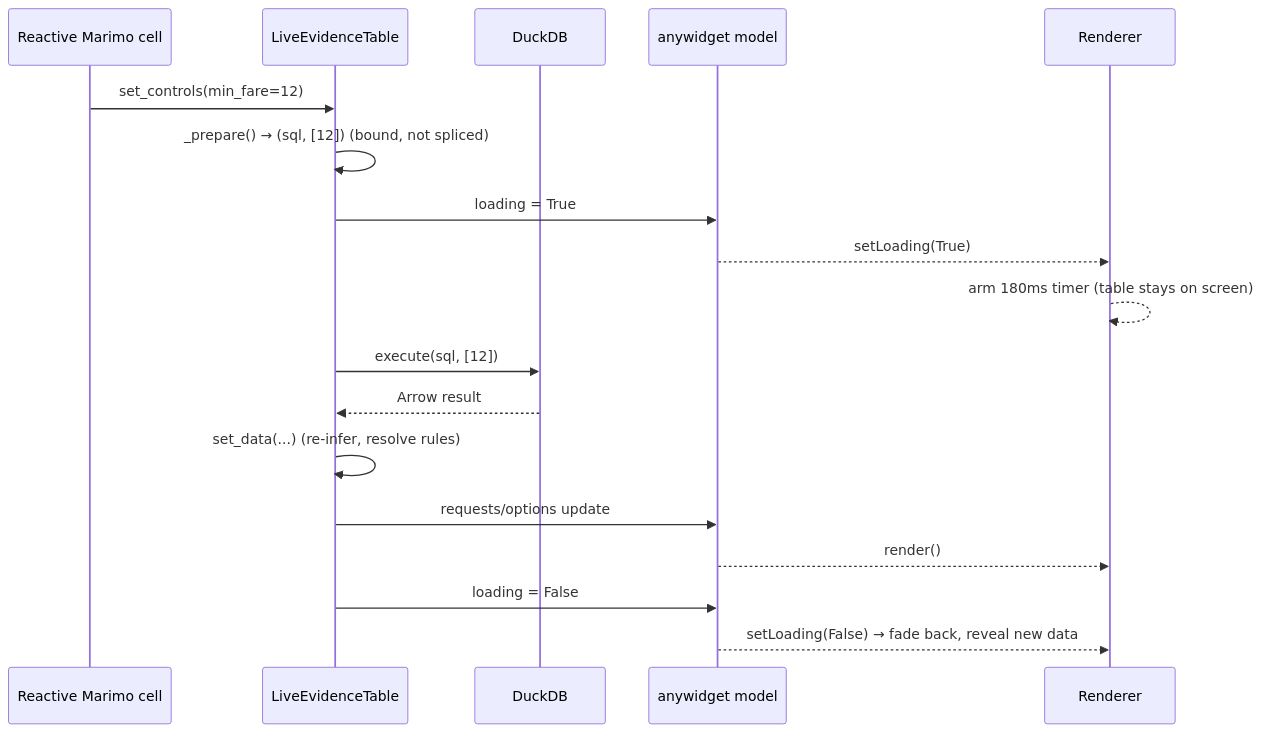
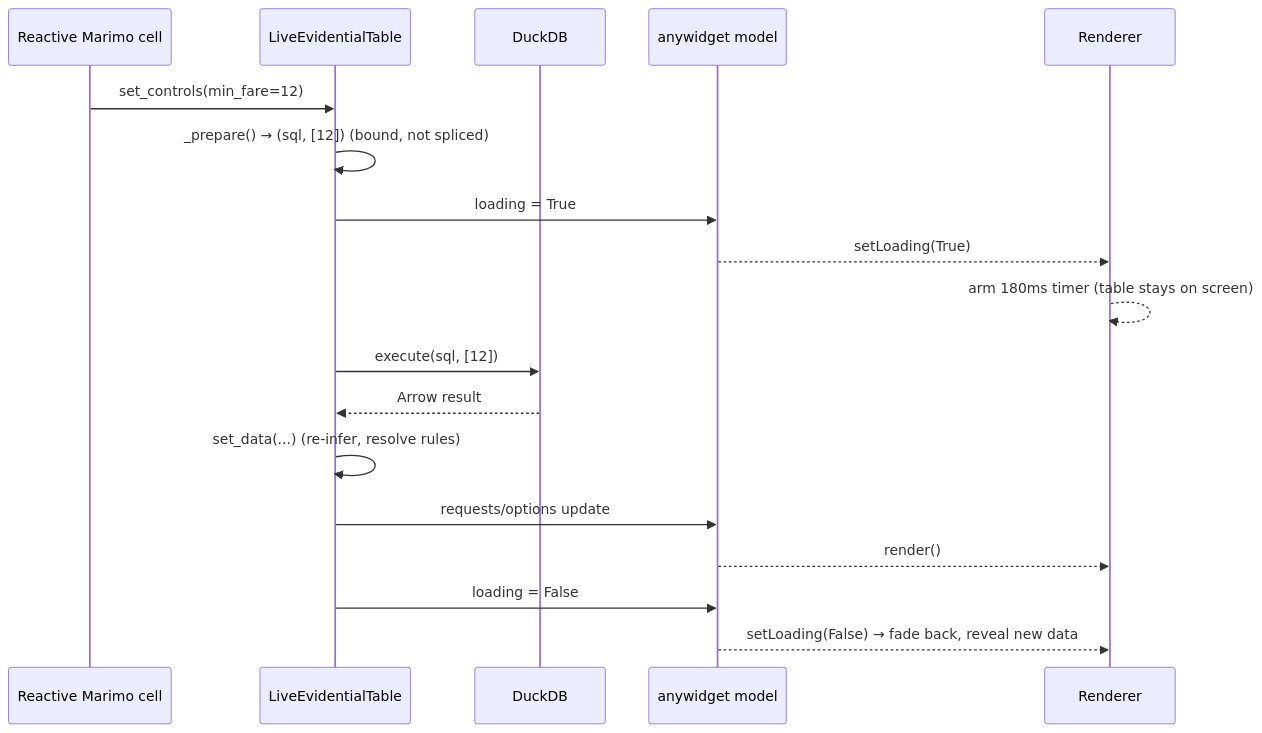
One commit to edouardp/evidential changed the ninth of 11 diagrams in docs/technical-architecture.md. Above: the diagram before and after it, drawn with Mermaid. The commit also changed other lines of this file and 87 other files, not shown here.

````diff
--- a/docs/technical-architecture.md
+++ b/docs/technical-architecture.md
@@ -569,20 +569,20 @@
 ```mermaid
 sequenceDiagram
   participant R as Reactive Marimo cell
-  participant W as LiveEvidenceTable
+  participant W as LiveEvidentialTable
   participant DB as DuckDB
   participant M as anywidget model
   participant J as Renderer
   R->>W: set_controls(min_fare=12)
   W->>W: _prepare() → (sql, [12])   (bound, not spliced)
   W->>M: loading = True
   M-->>J: setLoading(True)
   J-->>J: arm 180ms timer (table stays on screen)
   W->>DB: execute(sql, [12])
   DB-->>W: Arrow result
   W->>W: set_data(...) (re-infer, resolve rules)
   W->>M: requests/options update
   M-->>J: render()
   W->>M: loading = False
   M-->>J: setLoading(False) → fade back, reveal new data
 ```
````
